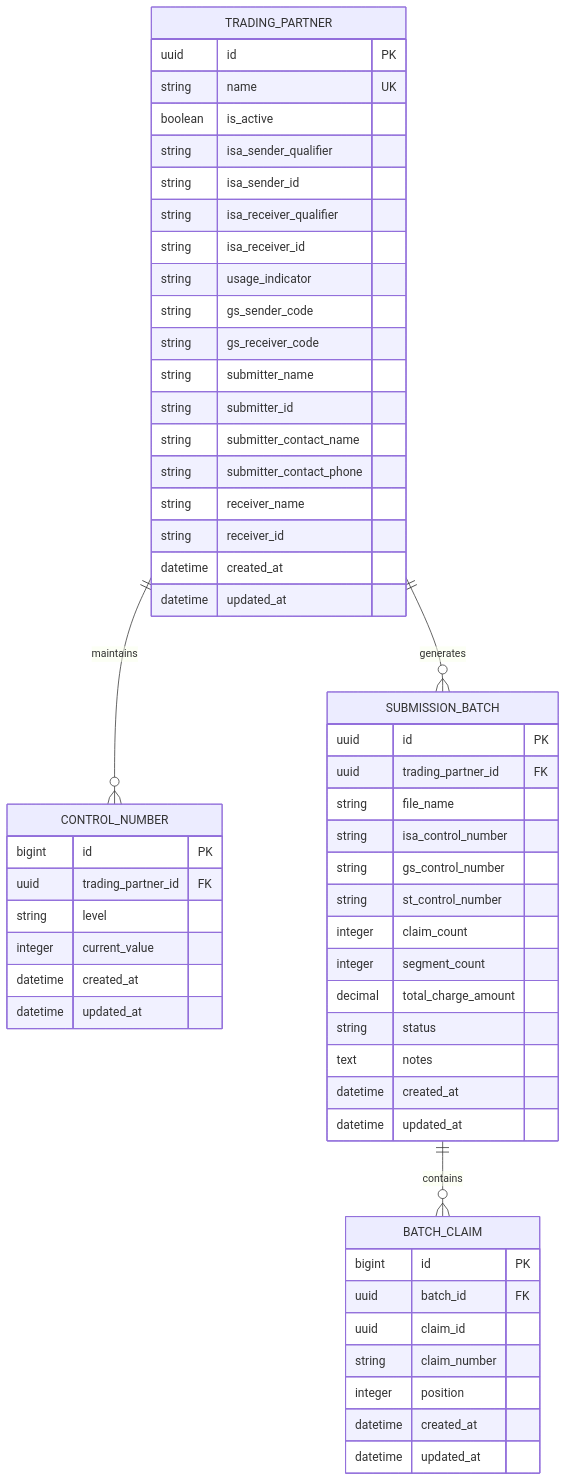
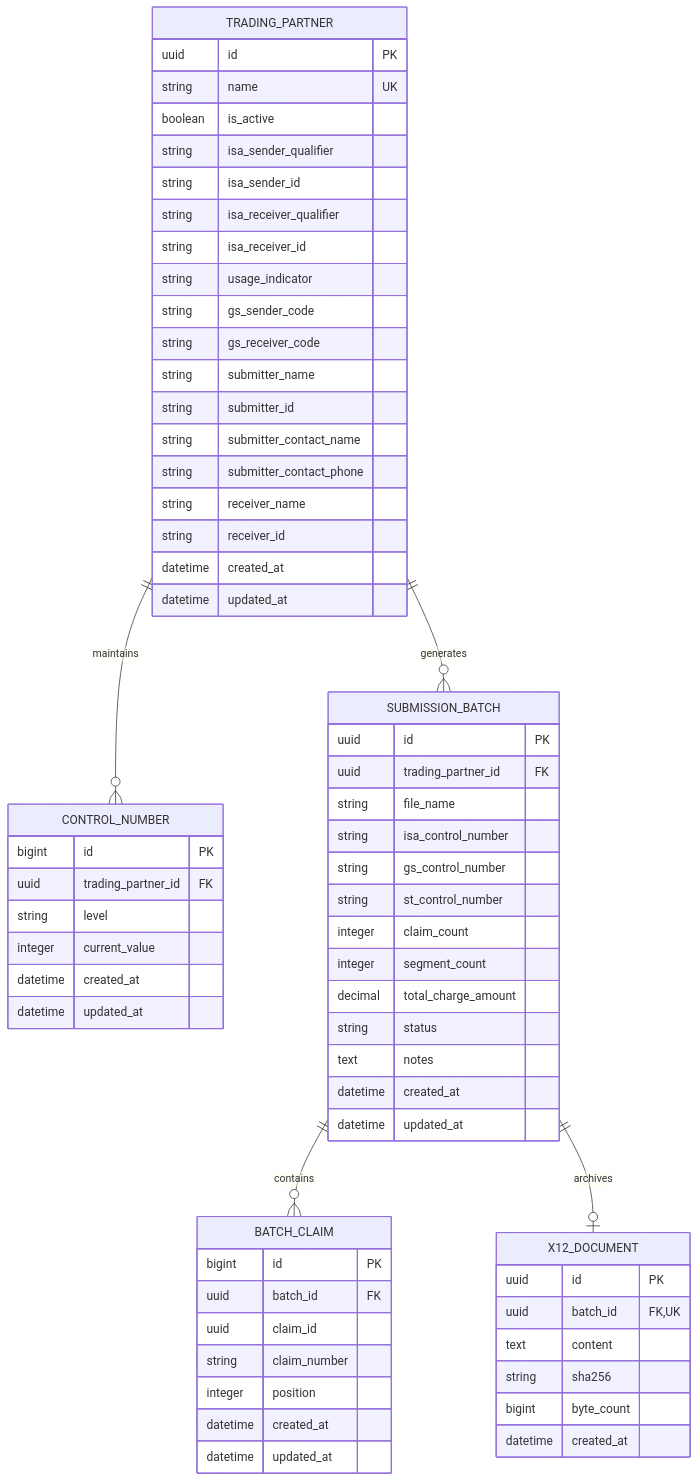
The diagram in docs/database/edi-erd.md (ChaoLabs/emr-claim-entry-portal), drawn with Mermaid before and after one commit. The commit also changed other lines of this file and 11 other files, not shown here.

````diff
--- a/docs/database/edi-erd.md
+++ b/docs/database/edi-erd.md
@@ -1,62 +1,72 @@
 ```mermaid
 erDiagram
     TRADING_PARTNER ||--o{ CONTROL_NUMBER : maintains
     TRADING_PARTNER ||--o{ SUBMISSION_BATCH : generates
     SUBMISSION_BATCH ||--o{ BATCH_CLAIM : contains
+    SUBMISSION_BATCH ||--o| X12_DOCUMENT : archives
 
     TRADING_PARTNER {
         uuid id PK
         string name UK
         boolean is_active
         string isa_sender_qualifier
         string isa_sender_id
         string isa_receiver_qualifier
         string isa_receiver_id
         string usage_indicator
         string gs_sender_code
         string gs_receiver_code
         string submitter_name
         string submitter_id
         string submitter_contact_name
         string submitter_contact_phone
         string receiver_name
         string receiver_id
         datetime created_at
         datetime updated_at
     }
 
     CONTROL_NUMBER {
         bigint id PK
         uuid trading_partner_id FK
         string level
         integer current_value
         datetime created_at
         datetime updated_at
     }
 
     SUBMISSION_BATCH {
         uuid id PK
         uuid trading_partner_id FK
         string file_name
         string isa_control_number
         string gs_control_number
         string st_control_number
         integer claim_count
         integer segment_count
         decimal total_charge_amount
         string status
         text notes
         datetime created_at
         datetime updated_at
     }
 
     BATCH_CLAIM {
         bigint id PK
         uuid batch_id FK
         uuid claim_id
         string claim_number
         integer position
         datetime created_at
         datetime updated_at
     }
+
+    X12_DOCUMENT {
+        uuid id PK
+        uuid batch_id FK,UK
+        text content
+        string sha256
+        bigint byte_count
+        datetime created_at
+    }
 ```
````
